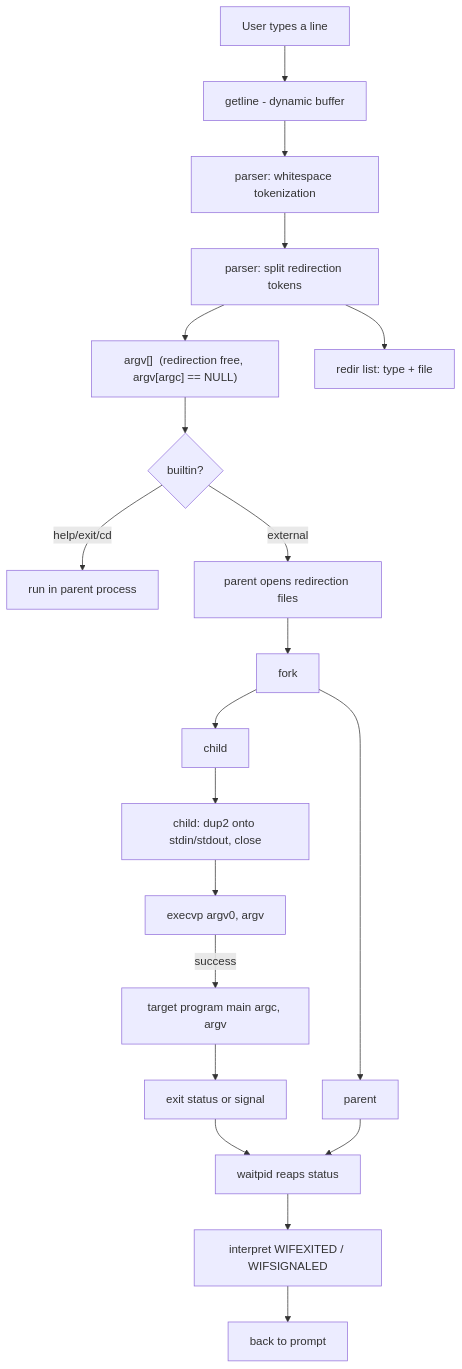
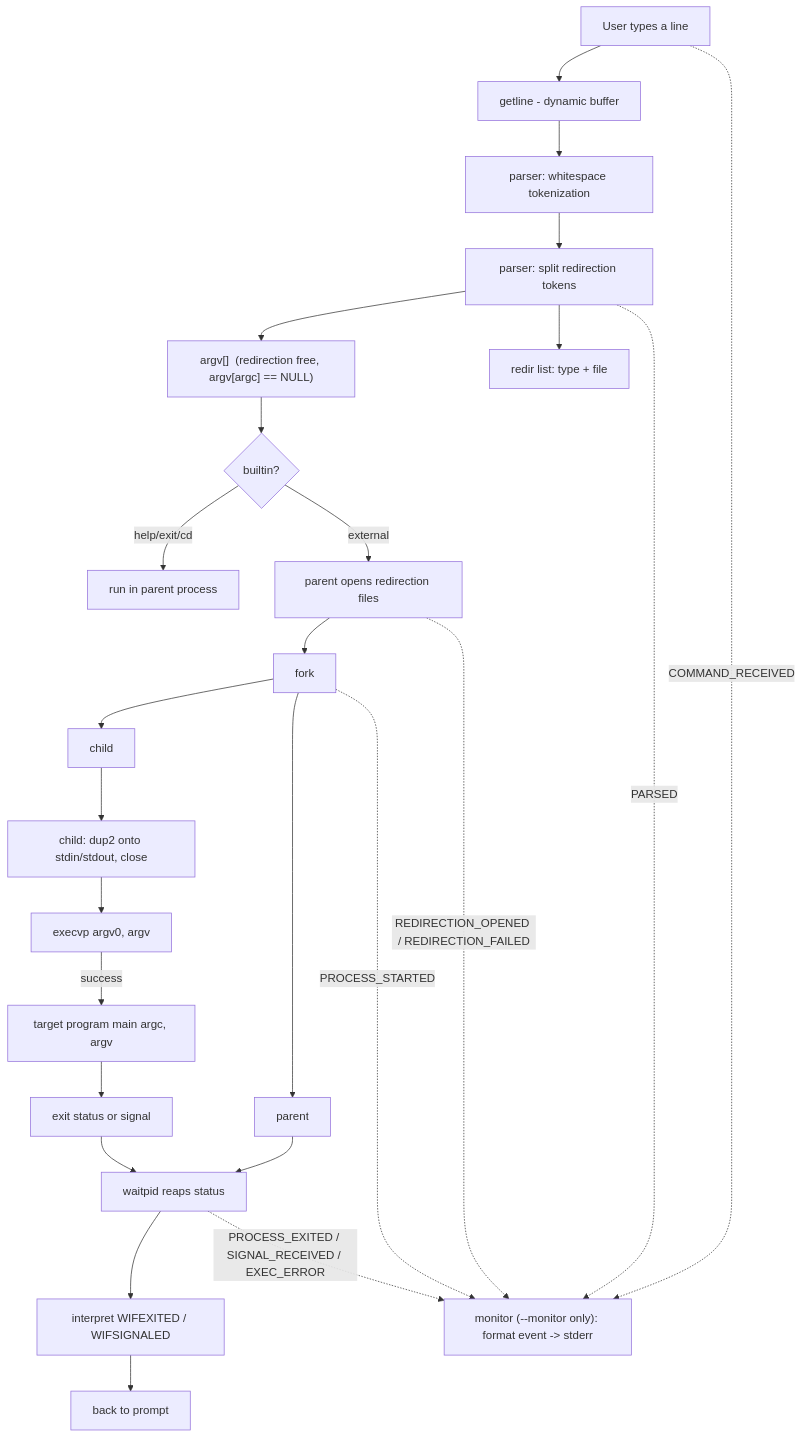
Before and after one commit to karkalashivareddy/Command-Argument-Passing-System: the diagram in README.md, drawn with Mermaid. The commit also changed other lines of this file and 7 other files, not shown here.

````diff
--- a/README.md
+++ b/README.md
@@ -168,22 +182,28 @@
 ```mermaid
 flowchart TD
     U[User types a line] --> R[getline - dynamic buffer]
     R --> T[parser: whitespace tokenization]
     T --> RF[parser: split redirection tokens]
     RF --> A["argv[]  (redirection free, argv[argc] == NULL)"]
     RF --> RD["redir list: type + file"]
     A --> B{builtin?}
     B -->|help/exit/cd| BI[run in parent process]
     B -->|external| O[parent opens redirection files]
     O --> P[fork]
     P --> C[child]
     P --> PA[parent]
     C --> D[child: dup2 onto stdin/stdout, close]
     D --> E[execvp argv0, argv]
     E -->|success| TG[target program main argc, argv]
     TG --> S[exit status or signal]
     S --> W[waitpid reaps status]
     PA --> W
     W --> D2[interpret WIFEXITED / WIFSIGNALED]
     D2 --> R2[back to prompt]
+    M["monitor (--monitor only): format event -> stderr"]
+    U -. COMMAND_RECEIVED .-> M
+    RF -. PARSED .-> M
+    O -. REDIRECTION_OPENED / REDIRECTION_FAILED .-> M
+    P -. PROCESS_STARTED .-> M
+    W -. PROCESS_EXITED / SIGNAL_RECEIVED / EXEC_ERROR .-> M
 ```
````
